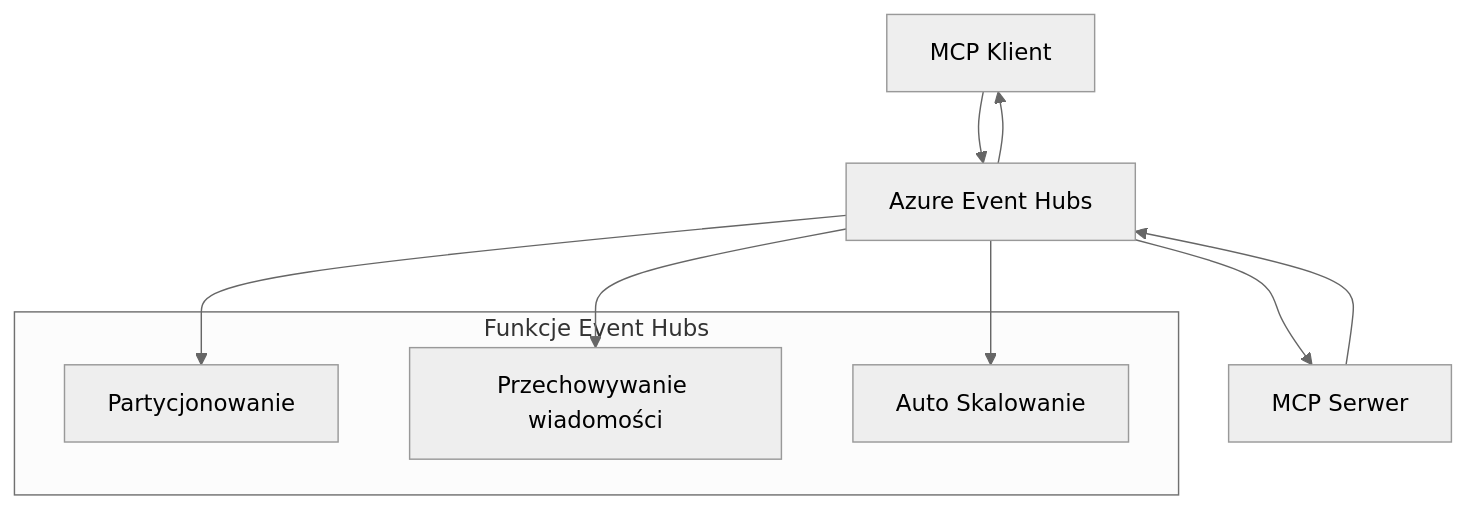
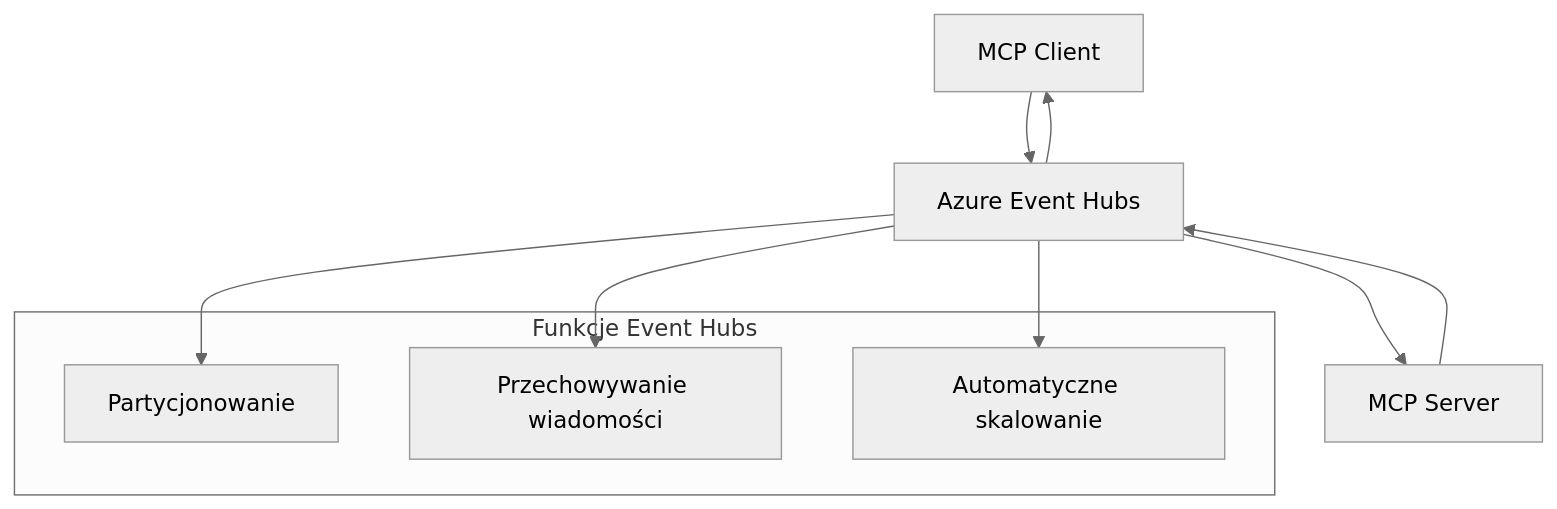
The second of 2 diagrams in mcp_ecosystem__model_context_protocol/mcp_learning_resources/mcp-for-beginners/translations/pl/05-AdvancedTopics/mcp-transport/README.md (HIDORAKAI002/ai-workspace-archive), drawn with Mermaid (neutral theme) before and after one commit. The commit also changed other lines of this file and 1046 other files, not shown here.

````diff
--- a/mcp_ecosystem__model_context_protocol/mcp_learning_resources/mcp-for-beginners/translations/pl/05-AdvancedTopics/mcp-transport/README.md
+++ b/mcp_ecosystem__model_context_protocol/mcp_learning_resources/mcp-for-beginners/translations/pl/05-AdvancedTopics/mcp-transport/README.md
@@ -270,17 +272,17 @@
 ```mermaid
 graph TB
-    Client[MCP Klient] --> EH[Azure Event Hubs]
-    EH --> Server[MCP Serwer]
+    Client[MCP Client] --> EH[Azure Event Hubs]
+    EH --> Server[MCP Server]
     Server --> EH
     EH --> Client
     
     subgraph "Funkcje Event Hubs"
         Partition[Partycjonowanie]
         Retention[Przechowywanie wiadomości]
-        Scaling[Auto Skalowanie]
+        Scaling[Automatyczne skalowanie]
     end
     
     EH --> Partition
     EH --> Retention
     EH --> Scaling
 ```
````
